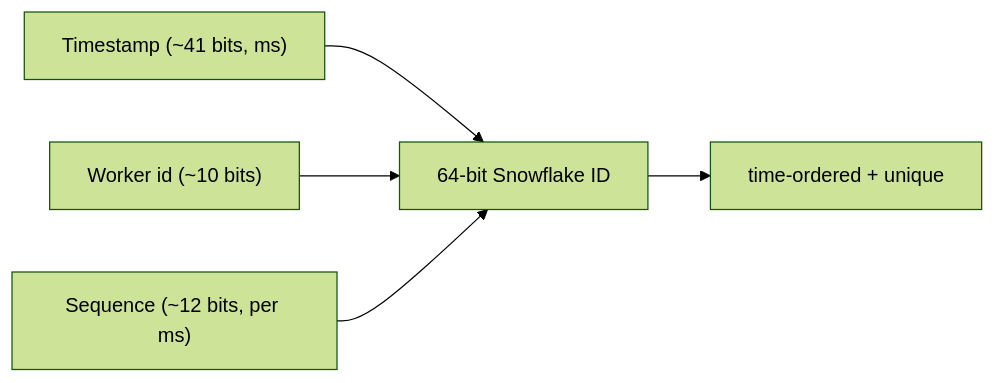
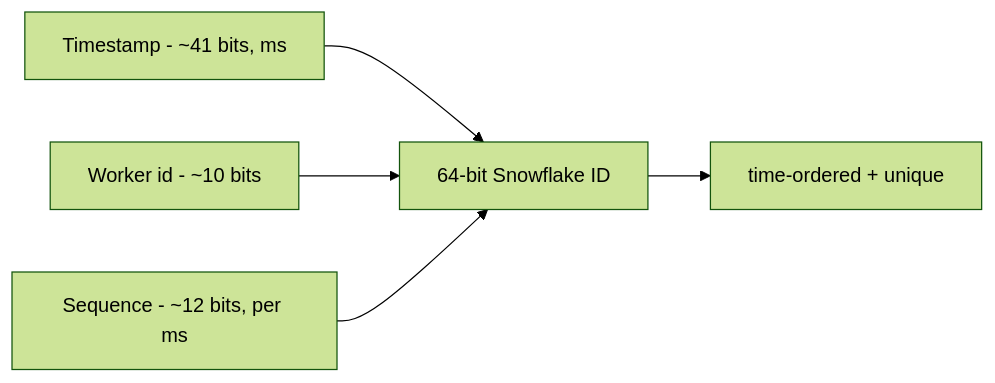
One commit to RIT-MESH/system-design-mastery changed the first of 2 diagrams in docs/03-data-storage/05-id-generation.md. Above: the diagram before and after it, drawn with Mermaid (forest theme). The commit also changed 139 other files, not shown here.

First line of the commit message:
Fix Mermaid parse errors: replace parentheses in node labels across 140 files

````diff
--- a/docs/03-data-storage/05-id-generation.md
+++ b/docs/03-data-storage/05-id-generation.md
@@ -34,8 +34,8 @@
 ```mermaid
 %% created-for: system-design-mastery
 flowchart LR
-  T["Timestamp (~41 bits, ms)"] --> ID
-  W["Worker id (~10 bits)"] --> ID["64-bit Snowflake ID"]
-  S["Sequence (~12 bits, per ms)"] --> ID
+  T["Timestamp - ~41 bits, ms"] --> ID
+  W["Worker id - ~10 bits"] --> ID["64-bit Snowflake ID"]
+  S["Sequence - ~12 bits, per ms"] --> ID
   ID --> Sort["time-ordered + unique"]
 ```
````
